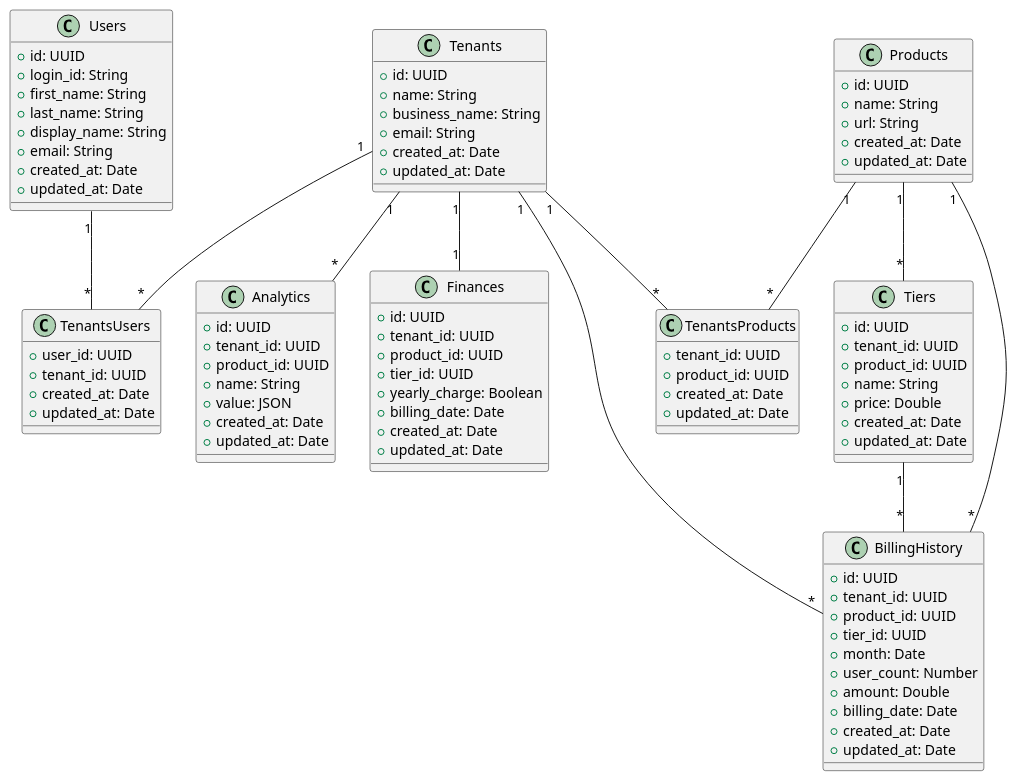
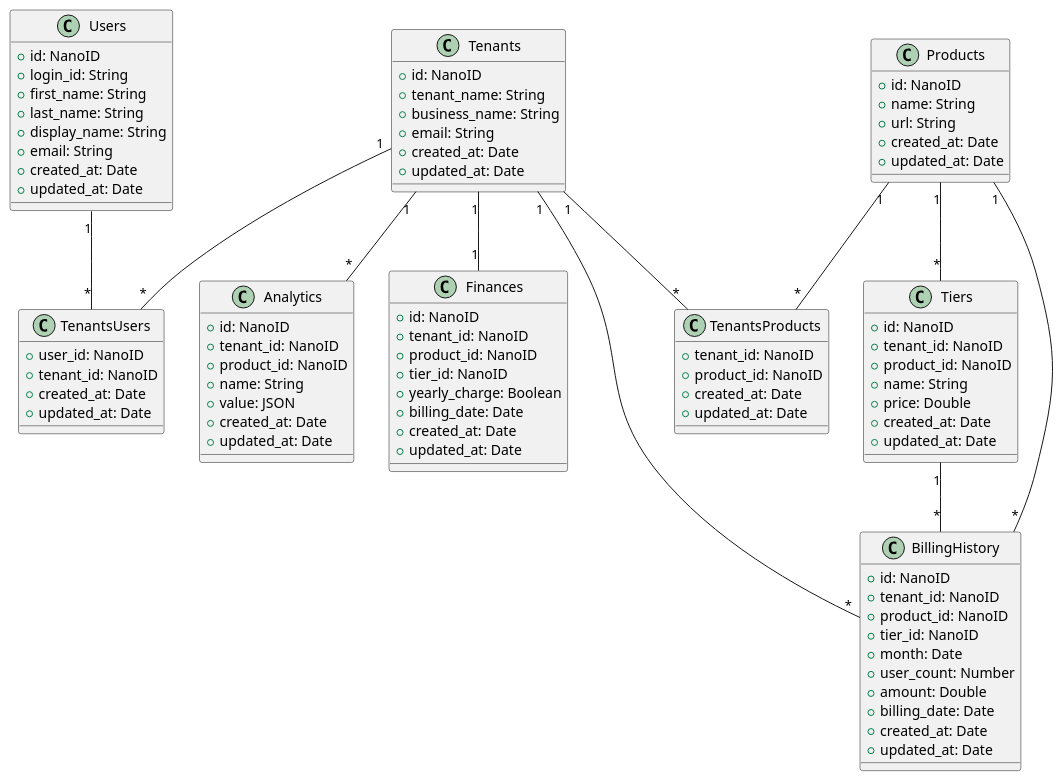
Before and after one commit to Cecildt/multi-tenants-web-platform: the diagram in design-docs/plantuml/database-design.puml, drawn with PlantUML. The commit also changed 12 other files, not shown here.

```diff
--- a/design-docs/plantuml/database-design.puml
+++ b/design-docs/plantuml/database-design.puml
@@ -1,98 +1,98 @@
 @startuml database-design
 class Tenants {
-    + id: UUID
-    + name: String
+    + id: NanoID
+    + tenant_name: String
     + business_name: String
     + email: String
     + created_at: Date
     + updated_at: Date
 }
 
 class Products {
-    + id: UUID
+    + id: NanoID
     + name: String
     + url: String
     + created_at: Date
     + updated_at: Date
 }
 
 class TenantsProducts {
-    + tenant_id: UUID
-    + product_id: UUID
+    + tenant_id: NanoID
+    + product_id: NanoID
     + created_at: Date
     + updated_at: Date
 }
 
 class Tiers {
-    + id: UUID
-    + tenant_id: UUID
-    + product_id: UUID
+    + id: NanoID
+    + tenant_id: NanoID
+    + product_id: NanoID
     + name: String
     + price: Double
     + created_at: Date
     + updated_at: Date
 }
 
 class Users {
-    + id: UUID
+    + id: NanoID
     + login_id: String
     + first_name: String
     + last_name: String
     + display_name: String
     + email: String
     + created_at: Date
     + updated_at: Date
 }
 
 class TenantsUsers {
-    + user_id: UUID
-    + tenant_id: UUID
+    + user_id: NanoID
+    + tenant_id: NanoID
     + created_at: Date
     + updated_at: Date
 }
 
 class Analytics {
-    + id: UUID
-    + tenant_id: UUID
-    + product_id: UUID
+    + id: NanoID
+    + tenant_id: NanoID
+    + product_id: NanoID
     + name: String
     + value: JSON
     + created_at: Date
     + updated_at: Date
 }
 
 class Finances {
-    + id: UUID
-    + tenant_id: UUID
-    + product_id: UUID
-    + tier_id: UUID
+    + id: NanoID
+    + tenant_id: NanoID
+    + product_id: NanoID
+    + tier_id: NanoID
     + yearly_charge: Boolean
     + billing_date: Date
     + created_at: Date
     + updated_at: Date
 }
 
 class BillingHistory {
-    + id: UUID
-    + tenant_id: UUID
-    + product_id: UUID
-    + tier_id: UUID
+    + id: NanoID
+    + tenant_id: NanoID
+    + product_id: NanoID
+    + tier_id: NanoID
     + month: Date
     + user_count: Number
     + amount: Double
     + billing_date: Date
     + created_at: Date
     + updated_at: Date
 }
 
 Tenants "1" -- "*" TenantsProducts
 Products "1" -- "*" TenantsProducts
 Products "1" -- "*" Tiers
 Tenants "1" -- "*" TenantsUsers
 Users "1" -- "*" TenantsUsers
 Tenants "1" -- "*" Analytics
 Tenants "1" -- "1" Finances
 Tenants "1" -- "*" BillingHistory
 Products "1" -- "*" BillingHistory
 Tiers "1" -- "*" BillingHistory
 @enduml
```
